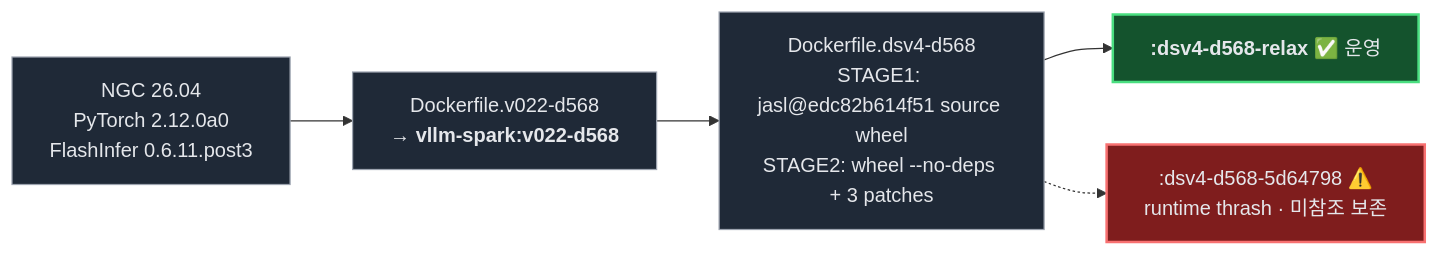
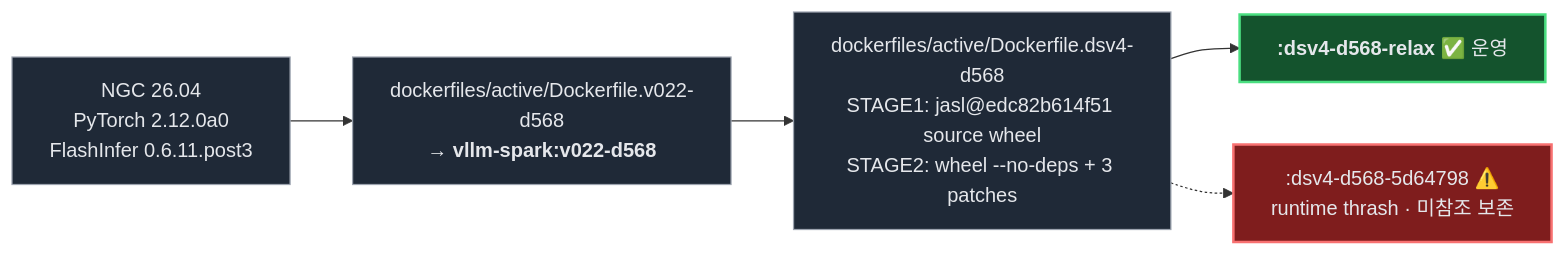
The third of 3 diagrams in docs/architecture.md (kingarthur2015/dsv4-flash-dual-dgx-spark), drawn with Mermaid before and after one commit. The commit also changed 20 other files, not shown here.

First line of the commit message:
refactor: organize Dockerfiles into active/ and legacy/ subdirectories (#5)

````diff
--- a/docs/architecture.md
+++ b/docs/architecture.md
@@ -92,15 +92,15 @@
 ```mermaid
 graph LR
     NGC["NGC 26.04<br/>PyTorch 2.12.0a0<br/>FlashInfer 0.6.11.post3"]
-      --> BASE["Dockerfile.v022-d568<br/>→ <b>vllm-spark:v022-d568</b>"]
-    BASE --> DSV4["Dockerfile.dsv4-d568<br/>STAGE1: jasl@edc82b614f51 source wheel<br/>STAGE2: wheel --no-deps + 3 patches"]
+      --> BASE["dockerfiles/active/Dockerfile.v022-d568<br/>→ <b>vllm-spark:v022-d568</b>"]
+    BASE --> DSV4["dockerfiles/active/Dockerfile.dsv4-d568<br/>STAGE1: jasl@edc82b614f51 source wheel<br/>STAGE2: wheel --no-deps + 3 patches"]
     DSV4 --> PROD["<b>:dsv4-d568-relax</b> ✅ 운영"]
     DSV4 -.-> BAD[":dsv4-d568-5d64798 ⚠️<br/>runtime thrash · 미참조 보존"]
 
     classDef ok fill:#14532d,stroke:#4ade80,stroke-width:2px,color:#e5e7eb;
     classDef bad fill:#7f1d1d,stroke:#f87171,stroke-width:2px,color:#e5e7eb;
     classDef norm fill:#1f2937,stroke:#9ca3af,stroke-width:1px,color:#e5e7eb;
     class PROD ok;
     class BAD bad;
     class NGC,BASE,DSV4 norm;
 ```
````
